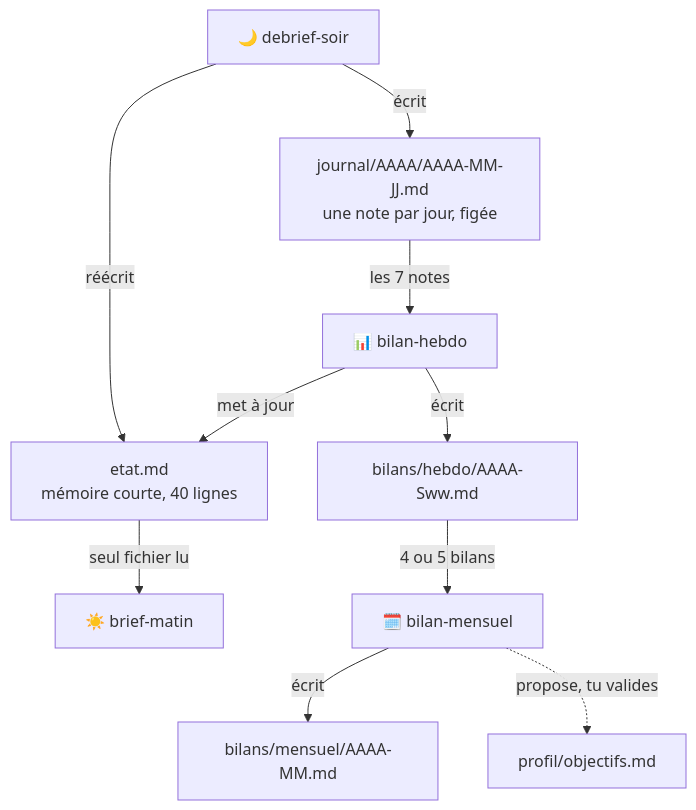
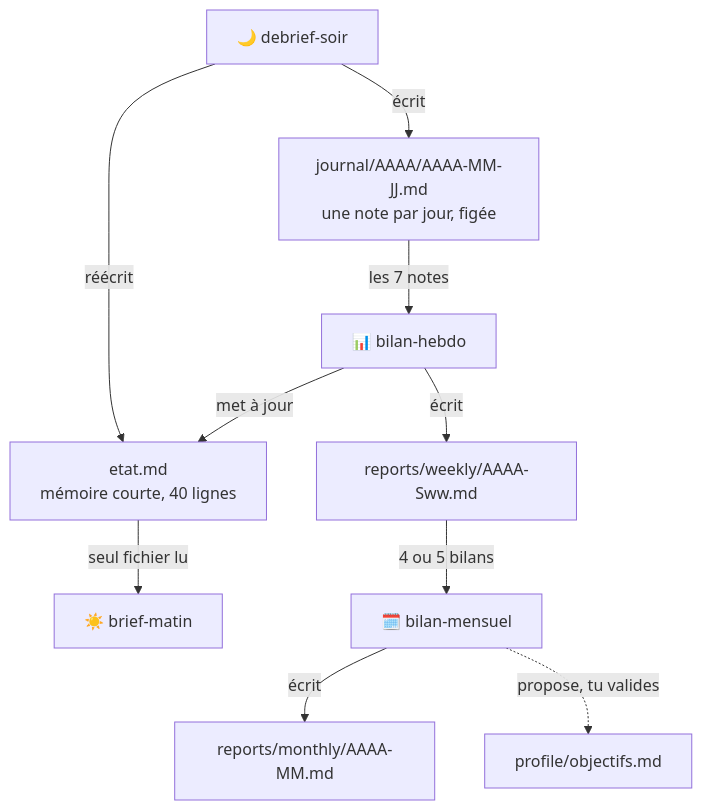
The third of 7 diagrams in docs/architecture.md (VitoPepe/running-coach-athletes-template), drawn with Mermaid before and after one commit. The commit also changed other lines of this file and 90 other files, not shown here.

First line of the commit message:
Noms de dossiers en anglais (reports/, philosophy/, library/, races/, profile/, outputs/, sample-*)

````diff
--- a/docs/architecture.md
+++ b/docs/architecture.md
@@ -67,21 +67,21 @@
 ```mermaid
 flowchart TB
     BR["☀️ brief-matin"]
     DS["🌙 debrief-soir"]
     BH["📊 bilan-hebdo"]
     BM["🗓️ bilan-mensuel"]
     ET["etat.md<br/>mémoire courte, 40 lignes"]
     JO["journal/AAAA/AAAA-MM-JJ.md<br/>une note par jour, figée"]
-    BHf["bilans/hebdo/AAAA-Sww.md"]
-    BMf["bilans/mensuel/AAAA-MM.md"]
-    PR["profil/objectifs.md"]
+    BHf["reports/weekly/AAAA-Sww.md"]
+    BMf["reports/monthly/AAAA-MM.md"]
+    PR["profile/objectifs.md"]
     DS -->|"écrit"| JO
     DS -->|"réécrit"| ET
     ET -->|"seul fichier lu"| BR
     JO -->|"les 7 notes"| BH
     BH -->|"écrit"| BHf
     BH -->|"met à jour"| ET
     BHf -->|"4 ou 5 bilans"| BM
     BM -->|"écrit"| BMf
     BM -.->|"propose, tu valides"| PR
 ```
````
